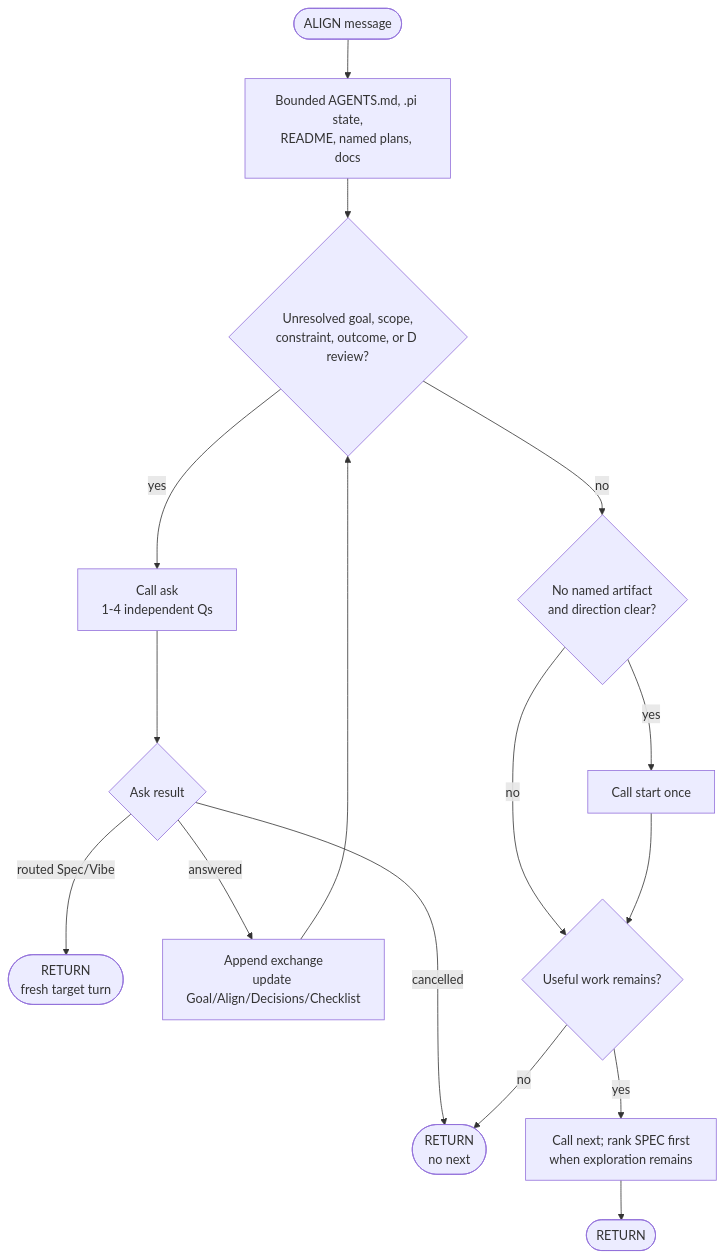
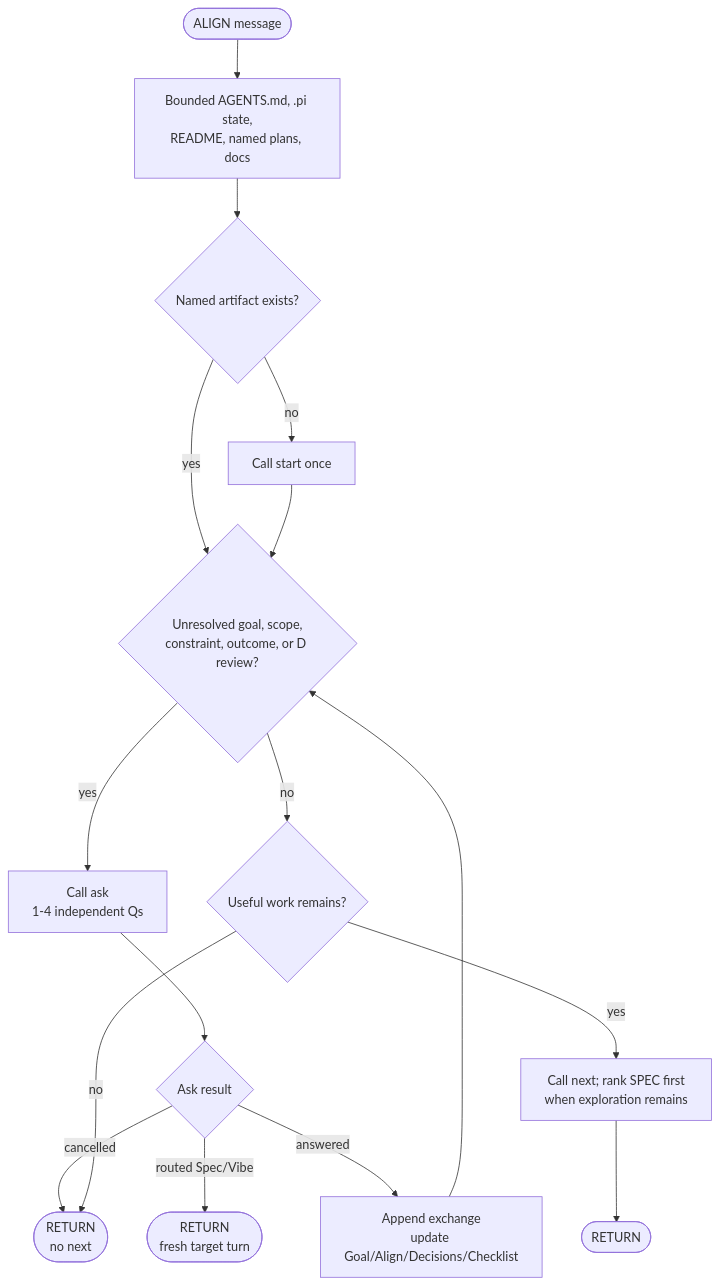
One commit to dhumdil-apps/pi-director changed the fourth of 12 diagrams in docs/AGENT-WORKFLOW-DIAGRAMS.md. Above: the diagram before and after it, drawn with Mermaid. The commit also changed other lines of this file and 21 other files, not shown here.

````diff
--- a/docs/AGENT-WORKFLOW-DIAGRAMS.md
+++ b/docs/AGENT-WORKFLOW-DIAGRAMS.md
@@ -98,18 +98,18 @@
 ```mermaid
 flowchart TD
     Enter([ALIGN message]) --> Orient[Bounded AGENTS.md, .pi state,<br/>README, named plans, docs]
-    Orient --> Unresolved{Unresolved goal, scope,<br/>constraint, outcome, or D review?}
+    Orient --> Named{Named artifact exists?}
+    Named -- no --> Start[Call start once]
+    Named -- yes --> Unresolved
+    Start --> Unresolved{Unresolved goal, scope,<br/>constraint, outcome, or D review?}
     Unresolved -- yes --> Ask[Call ask<br/>1-4 independent Qs]
     Ask --> Result{Ask result}
     Result -- cancelled --> Stop([RETURN<br/>no next])
     Result -- routed Spec/Vibe --> Settle([RETURN<br/>fresh target turn])
     Result -- answered --> Synthesize[Append exchange<br/>update Goal/Align/Decisions/Checklist]
     Synthesize --> Unresolved
-    Unresolved -- no --> Named{No named artifact<br/>and direction clear?}
-    Named -- yes --> Start[Call start once]
-    Named -- no --> Useful
-    Start --> Useful{Useful work remains?}
+    Unresolved -- no --> Useful{Useful work remains?}
     Useful -- yes --> Next["Call next; rank SPEC first<br/>when exploration remains"]
     Useful -- no --> Stop
     Next --> Done([RETURN])
 ```
````
